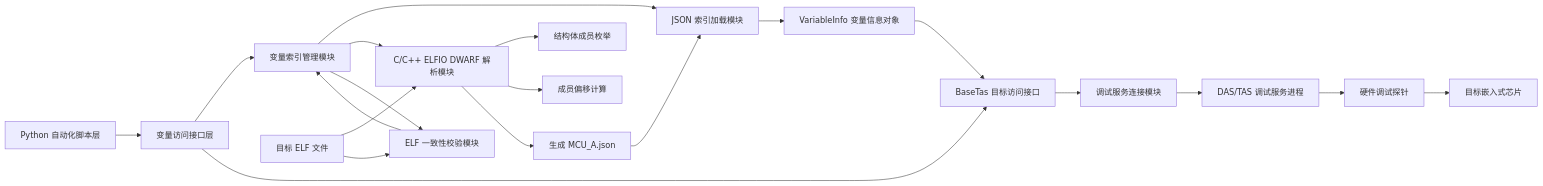
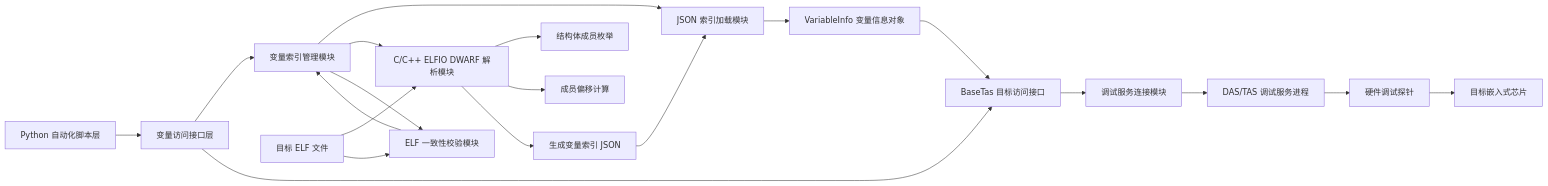
One commit to Dream-007/TC397Tools changed the first of 5 diagrams in docs/TC397_ELF_DAP_PATENT_DRAFT.md. Above: the diagram before and after it, drawn with Mermaid. The commit also changed other lines of this file and 1 other file, not shown here.

````diff
--- a/docs/TC397_ELF_DAP_PATENT_DRAFT.md
+++ b/docs/TC397_ELF_DAP_PATENT_DRAFT.md
@@ -241,28 +303,28 @@
 ```mermaid
 flowchart LR
     A[Python 自动化脚本层] --> B[变量访问接口层]
 
     B --> C[变量索引管理模块]
     B --> D[BaseTas 目标访问接口]
 
     C --> E[JSON 索引加载模块]
     C --> F[C/C++ ELFIO DWARF 解析模块]
     C --> G[ELF 一致性校验模块]
 
     F --> H[结构体成员枚举]
     F --> I[成员偏移计算]
-    F --> J[生成 MCU_A.json]
+    F --> J[生成变量索引 JSON]
 
     J --> E
     G --> C
     E --> K[VariableInfo 变量信息对象]
 
     K --> D
     D --> L[调试服务连接模块]
     L --> M[DAS/TAS 调试服务进程]
     M --> N[硬件调试探针]
     N --> O[目标嵌入式芯片]
 
     P[目标 ELF 文件] --> F
     P --> G
 ```
````
